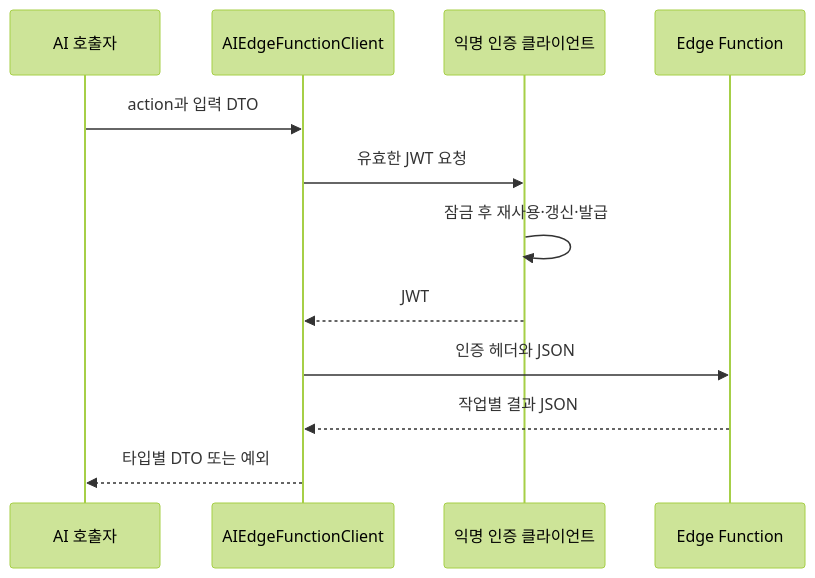
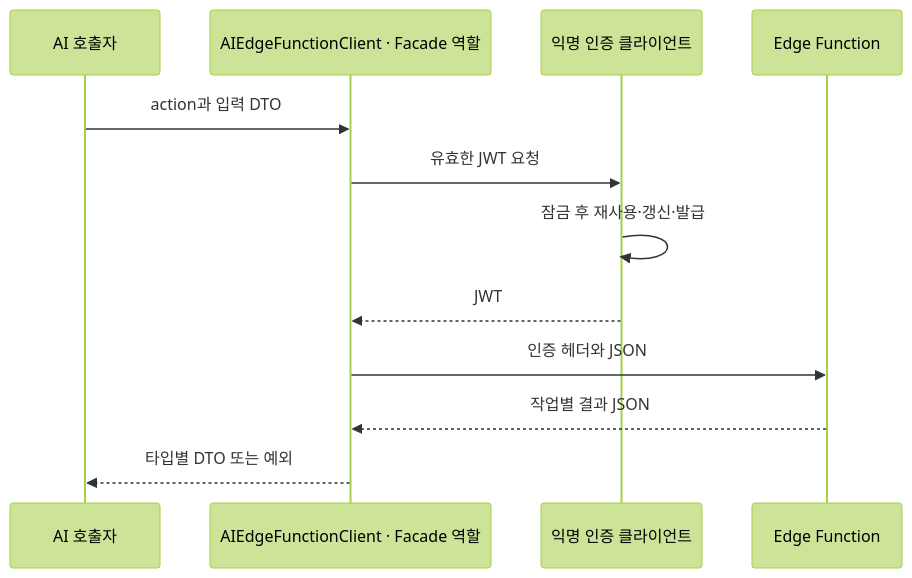
The diagram in portfolio/edge-client/README.md (1Seong/DetectiveAI), drawn with Mermaid (forest theme) before and after one commit. The commit also changed other lines of this file and 1 other file, not shown here.

Commit message:
docs: explain verified patterns and implementation scope

````diff
--- a/portfolio/edge-client/README.md
+++ b/portfolio/edge-client/README.md
@@ -7,14 +7,14 @@
 ```mermaid
 sequenceDiagram
   participant C as AI 호출자
-  participant E as AIEdgeFunctionClient
+  participant E as AIEdgeFunctionClient · Facade 역할
   participant A as 익명 인증 클라이언트
   participant S as Edge Function
   C->>E: action과 입력 DTO
   E->>A: 유효한 JWT 요청
   A->>A: 잠금 후 재사용·갱신·발급
   A-->>E: JWT
   E->>S: 인증 헤더와 JSON
   S-->>E: 작업별 결과 JSON
   E-->>C: 타입별 DTO 또는 예외
 ```
````
